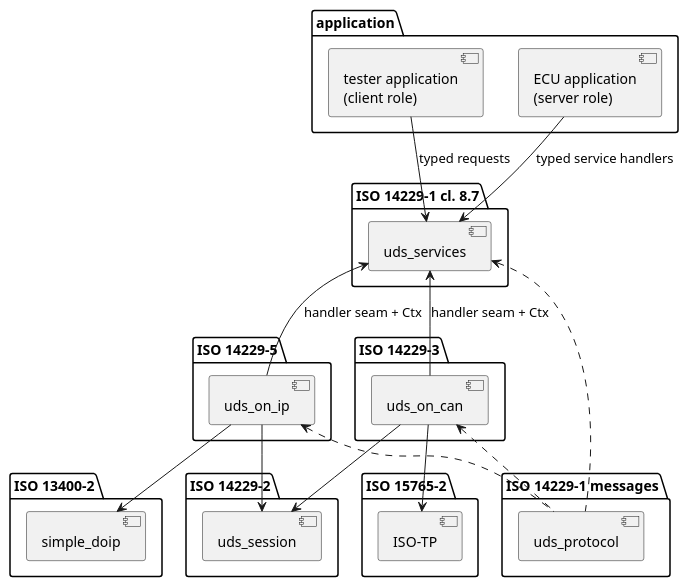
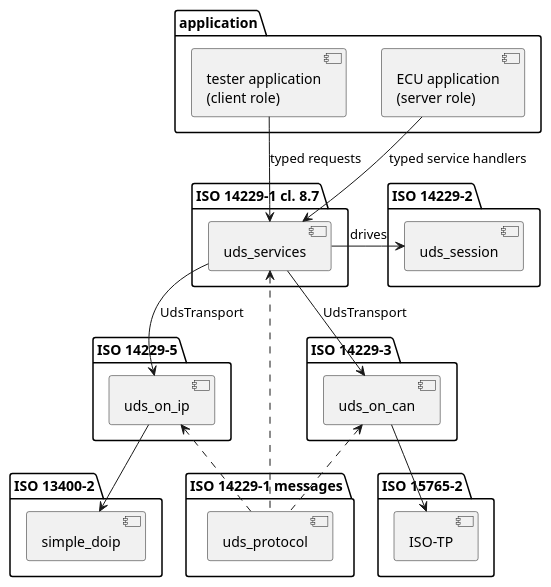
The first of 3 diagrams in crates/uds_services/docs/architecture/stack-position.rst (luminartech/uds_stack), drawn with PlantUML before and after one commit. The commit also changed other lines of this file and 2 other files, not shown here.

```diff
--- a/crates/uds_services/docs/architecture/stack-position.rst
+++ b/crates/uds_services/docs/architecture/stack-position.rst
@@ -6,50 +6,49 @@
 .. uml::
    :align: center
    :caption: The stack, one package per ISO document. Dashed edges are the message
              vocabulary rather than a layer boundary.
 
    @startuml
    package "application" {
      [tester application\n(client role)] as CLI
      [ECU application\n(server role)] as APP
    }
 
    package "ISO 14229-1 cl. 8.7" {
      [uds_services] as SVC
    }
 
    package "ISO 14229-5" {
      [uds_on_ip] as OIP
    }
    package "ISO 14229-3" {
      [uds_on_can] as OCAN
    }
 
    package "ISO 14229-2" {
      [uds_session] as SESS
    }
 
    package "ISO 13400-2" {
      [simple_doip] as DOIP
    }
    package "ISO 15765-2" {
      [ISO-TP] as TP
    }
 
    package "ISO 14229-1 messages" {
      [uds_protocol] as PROTO
    }
 
    CLI -down-> SVC : typed requests
    APP -down-> SVC : typed service handlers
-   OIP -up-> SVC : handler seam + Ctx
-   OCAN -up-> SVC : handler seam + Ctx
-   OIP -down-> SESS
-   OCAN -down-> SESS
+   SVC -down-> OIP : UdsTransport
+   SVC -down-> OCAN : UdsTransport
+   SVC -right-> SESS : drives
    OIP -down-> DOIP
    OCAN -down-> TP
 
    PROTO .up.> SVC
    PROTO .up.> OIP
    PROTO .up.> OCAN
    @enduml
```
